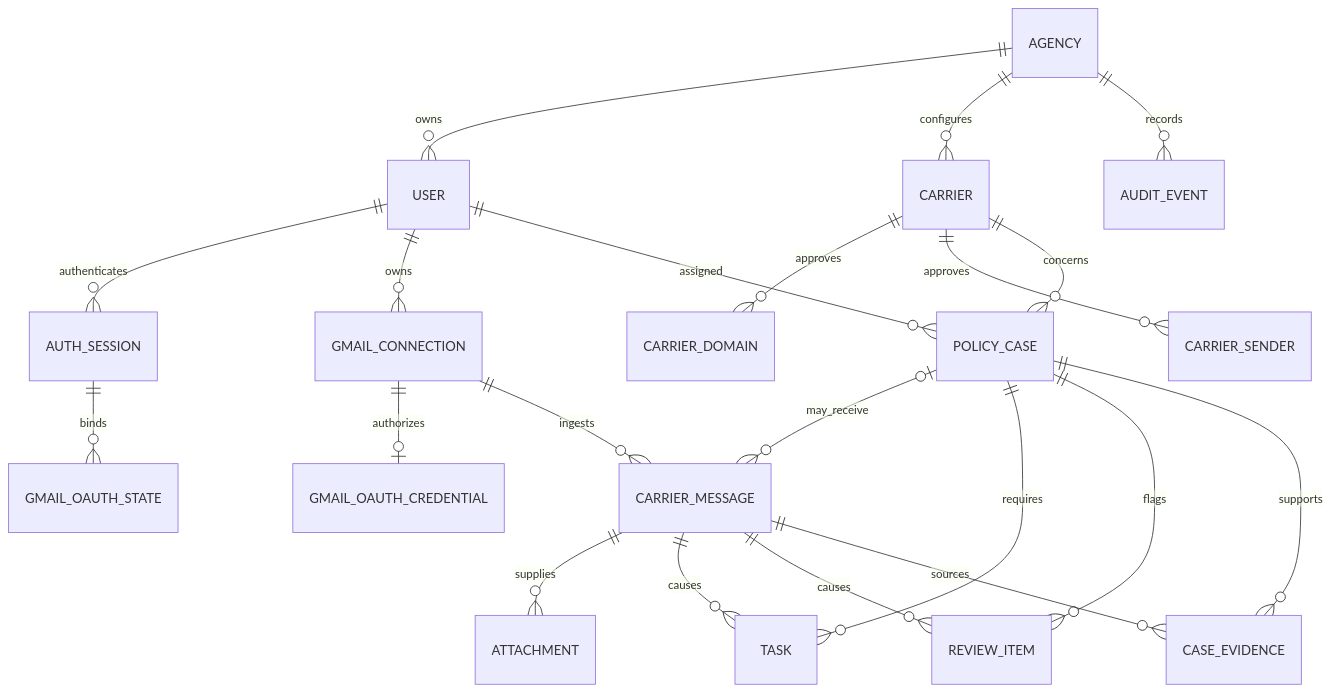
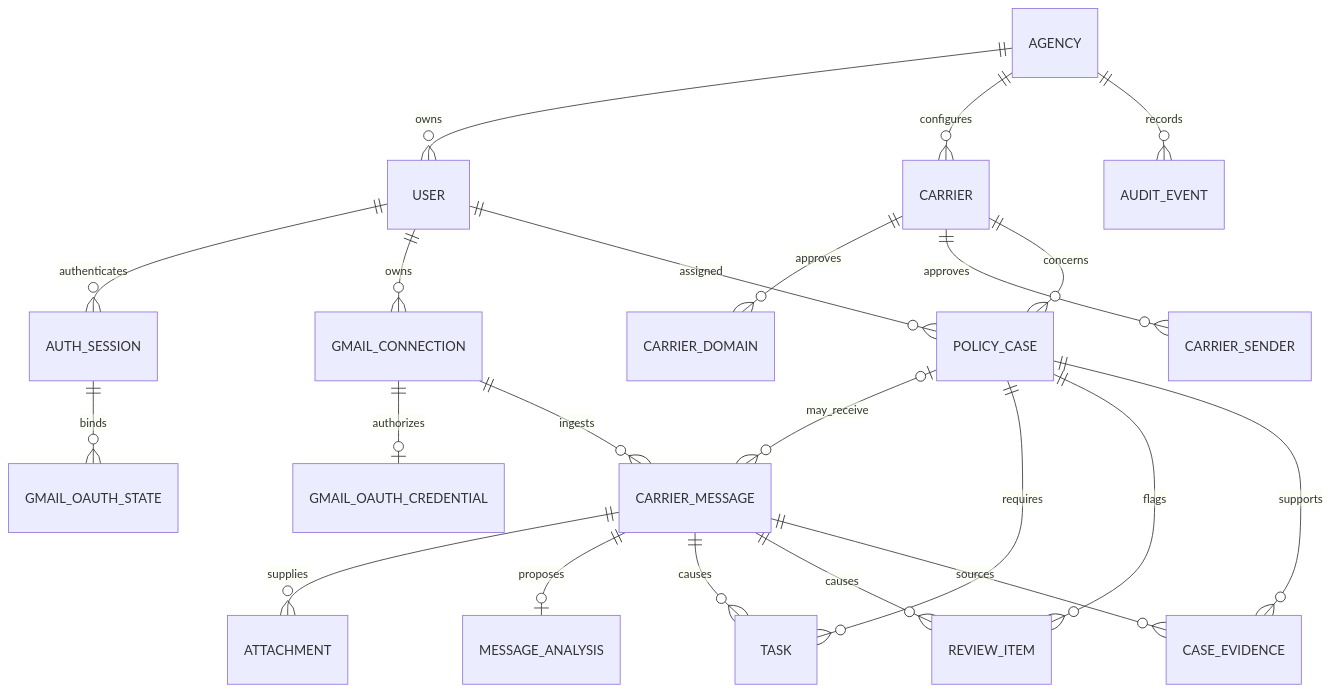
Before and after one commit to erireqica/carrier-intelligence-hub: the diagram in docs/data-model.md, drawn with Mermaid. The commit also changed other lines of this file and 50 other files, not shown here.

````diff
--- a/docs/data-model.md
+++ b/docs/data-model.md
@@ -28,23 +29,24 @@
 ```mermaid
 erDiagram
     AGENCY ||--o{ USER : owns
     USER ||--o{ AUTH_SESSION : authenticates
     AGENCY ||--o{ CARRIER : configures
     CARRIER ||--o{ CARRIER_DOMAIN : approves
     CARRIER ||--o{ CARRIER_SENDER : approves
     USER ||--o{ GMAIL_CONNECTION : owns
     GMAIL_CONNECTION ||--o| GMAIL_OAUTH_CREDENTIAL : authorizes
     AUTH_SESSION ||--o{ GMAIL_OAUTH_STATE : binds
     CARRIER ||--o{ POLICY_CASE : concerns
     USER ||--o{ POLICY_CASE : assigned
     POLICY_CASE o|--o{ CARRIER_MESSAGE : may_receive
     GMAIL_CONNECTION ||--o{ CARRIER_MESSAGE : ingests
     CARRIER_MESSAGE ||--o{ ATTACHMENT : supplies
+    CARRIER_MESSAGE ||--o| MESSAGE_ANALYSIS : proposes
     POLICY_CASE ||--o{ TASK : requires
     CARRIER_MESSAGE ||--o{ TASK : causes
     POLICY_CASE ||--o{ REVIEW_ITEM : flags
     CARRIER_MESSAGE ||--o{ REVIEW_ITEM : causes
     POLICY_CASE ||--o{ CASE_EVIDENCE : supports
     CARRIER_MESSAGE ||--o{ CASE_EVIDENCE : sources
     AGENCY ||--o{ AUDIT_EVENT : records
 ```
````
